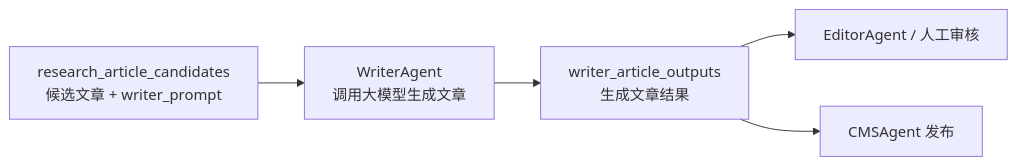
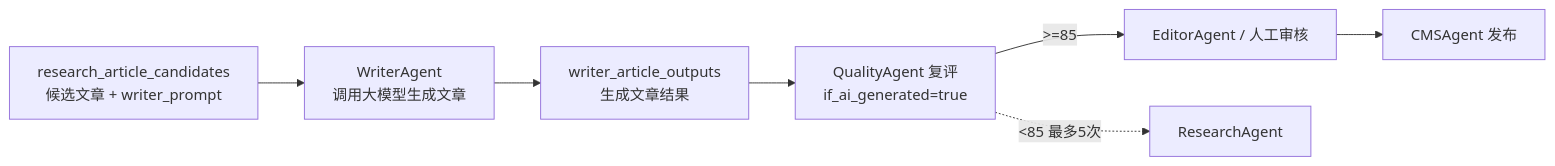
One commit to flyingsnowzz/Multi-Agent-Automatic-Operation-Website changed the diagram in 09-WriterAgent说明.md. Above: the diagram before and after it, drawn with Mermaid. The commit also changed other lines of this file and 11 other files, not shown here.

````diff
--- a/09-WriterAgent说明.md
+++ b/09-WriterAgent说明.md
@@ -11,7 +14,9 @@
 ```mermaid
 flowchart LR
     CANDIDATE["research_article_candidates<br/>候选文章 + writer_prompt"] --> WRITER["WriterAgent<br/>调用大模型生成文章"]
     WRITER --> OUTPUT["writer_article_outputs<br/>生成文章结果"]
-    OUTPUT --> EDITOR["EditorAgent / 人工审核"]
-    OUTPUT --> CMS["CMSAgent 发布"]
+    OUTPUT --> QUALITY_REV["QualityAgent 复评<br/>if_ai_generated=true"]
+    QUALITY_REV -->|">=85"| EDITOR["EditorAgent / 人工审核"]
+    QUALITY_REV -.->|"<85 最多5次"| RESEARCH["ResearchAgent"]
+    EDITOR --> CMS["CMSAgent 发布"]
 ```
````
